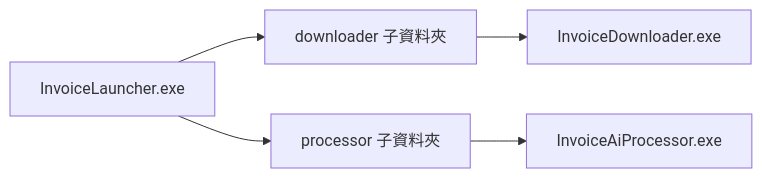
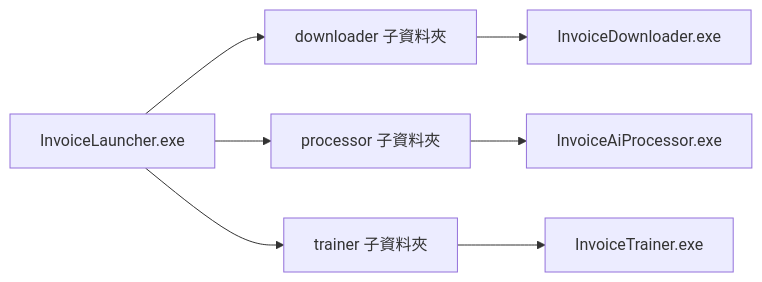
One commit to greensaga444/invoice-intelligence-assistant changed the first of 3 diagrams in README.md. Above: the diagram before and after it, drawn with Mermaid. The commit also changed other lines of this file and 19 other files, not shown here.

First line of the commit message:
Move training and feedback flows to Trainer

````diff
--- a/README.md
+++ b/README.md
@@ -271,7 +275,9 @@
 ```mermaid
 flowchart LR
 		A[InvoiceLauncher.exe] --> B[downloader 子資料夾]
 		A --> C[processor 子資料夾]
-		B --> D[InvoiceDownloader.exe]
-		C --> E[InvoiceAiProcessor.exe]
+		A --> D[trainer 子資料夾]
+		B --> E[InvoiceDownloader.exe]
+		C --> F[InvoiceAiProcessor.exe]
+		D --> G[InvoiceTrainer.exe]
 ```
````
